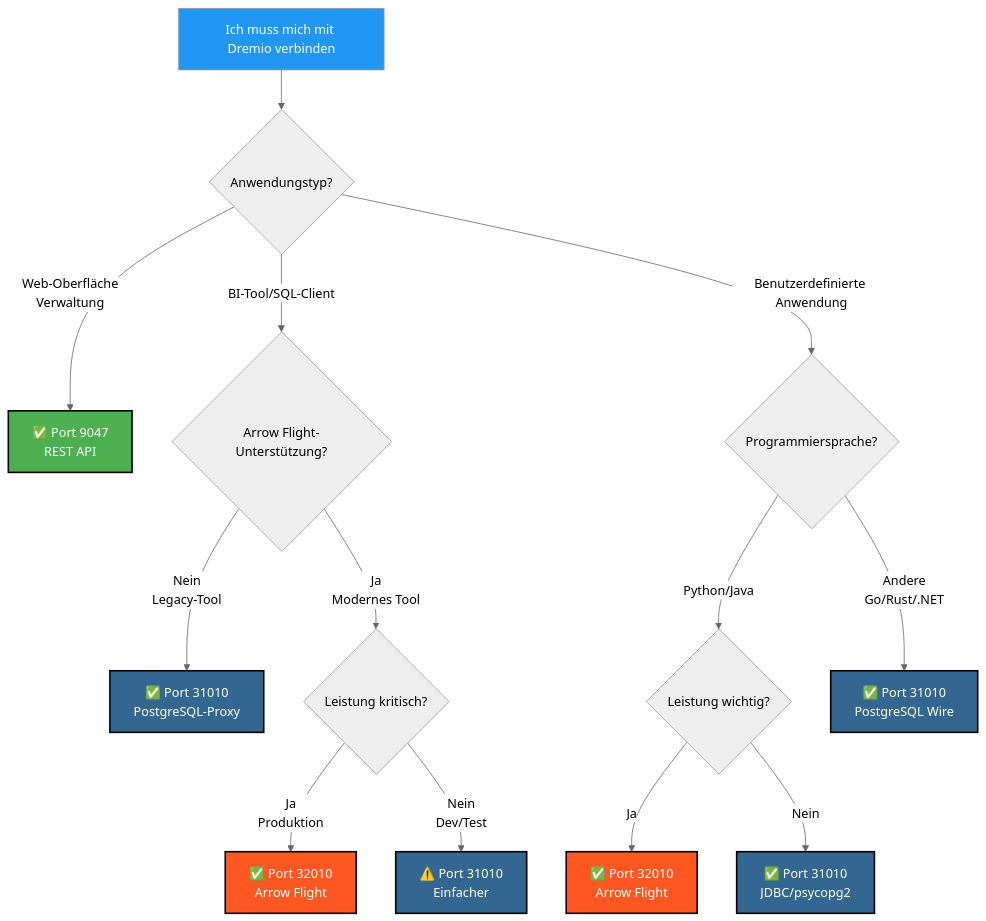
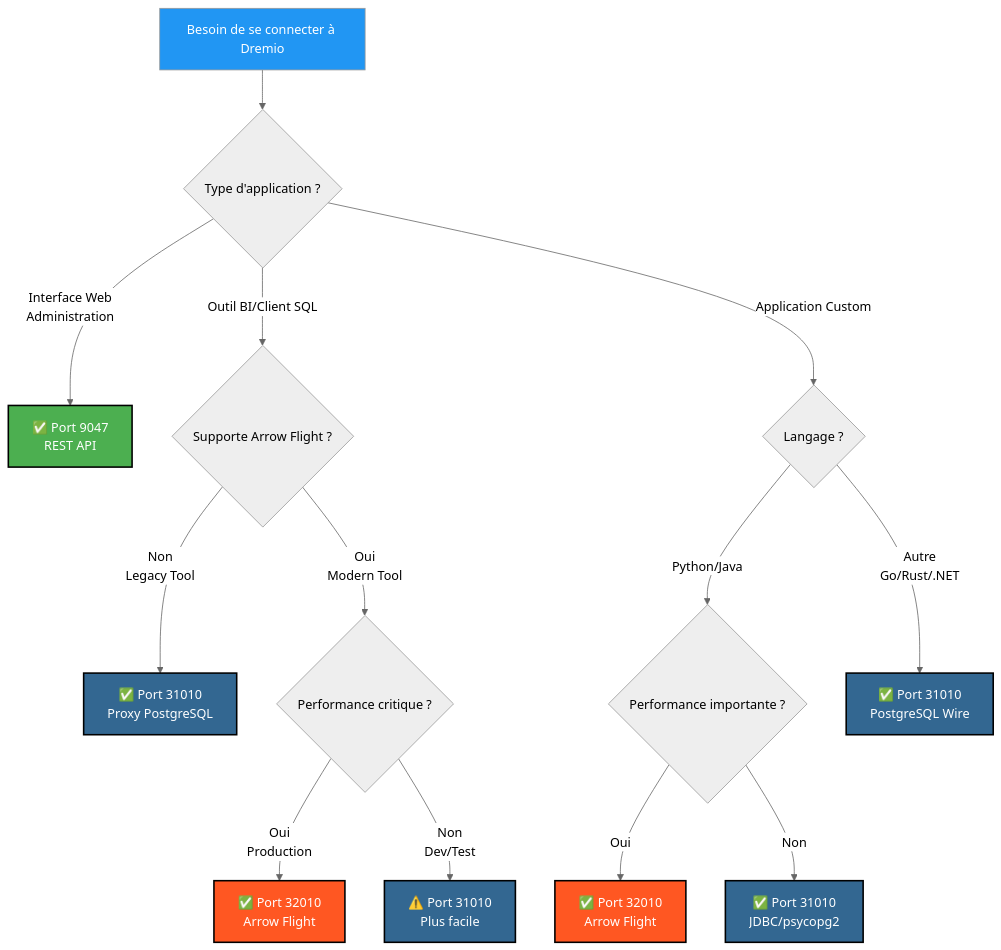
One commit to Monsau/Talentys-OSS-Data-Platform changed the eighth of 9 diagrams in docs/i18n/de/architecture/dremio-ports-visual.md. Above: the diagram before and after it, drawn with Mermaid (neutral theme). The commit also changed other lines of this file and 485 other files, not shown here.

First line of the commit message:
feat: v1.1.0 - Complete i18n roadmap, AI services, and data platform

````diff
--- a/docs/i18n/de/architecture/dremio-ports-visual.md
+++ b/docs/i18n/de/architecture/dremio-ports-visual.md
@@ -252,33 +252,33 @@
 ```mermaid
 graph TB
-    Start[Ich muss mich mit Dremio verbinden]
+    Start[Besoin de se connecter à Dremio]
     
-    Start --> Q1{Anwendungstyp?}
+    Start --> Q1{Type d'application ?}
     
-    Q1 -->|Web-Oberfläche<br/>Verwaltung| Port9047[✅ Port 9047<br/>REST API]
+    Q1 -->|Interface Web<br/>Administration| Port9047[✅ Port 9047<br/>REST API]
     
-    Q1 -->|BI-Tool/SQL-Client| Q2{Arrow Flight-Unterstützung?}
+    Q1 -->|Outil BI/Client SQL| Q2{Supporte Arrow Flight ?}
     
-    Q2 -->|Nein<br/>Legacy-Tool| Port31010[✅ Port 31010<br/>PostgreSQL-Proxy]
-    Q2 -->|Ja<br/>Modernes Tool| Q3{Leistung kritisch?}
+    Q2 -->|Non<br/>Legacy Tool| Port31010[✅ Port 31010<br/>Proxy PostgreSQL]
+    Q2 -->|Oui<br/>Modern Tool| Q3{Performance critique ?}
     
-    Q3 -->|Ja<br/>Produktion| Port32010[✅ Port 32010<br/>Arrow Flight]
-    Q3 -->|Nein<br/>Dev/Test| Port31010b[⚠️ Port 31010<br/>Einfacher]
+    Q3 -->|Oui<br/>Production| Port32010[✅ Port 32010<br/>Arrow Flight]
+    Q3 -->|Non<br/>Dev/Test| Port31010b[⚠️ Port 31010<br/>Plus facile]
     
-    Q1 -->|Benutzerdefinierte Anwendung| Q4{Programmiersprache?}
+    Q1 -->|Application Custom| Q4{Langage ?}
     
-    Q4 -->|Python/Java| Q5{Leistung wichtig?}
-    Q5 -->|Ja| Port32010b[✅ Port 32010<br/>Arrow Flight]
-    Q5 -->|Nein| Port31010c[✅ Port 31010<br/>JDBC/psycopg2]
+    Q4 -->|Python/Java| Q5{Performance importante ?}
+    Q5 -->|Oui| Port32010b[✅ Port 32010<br/>Arrow Flight]
+    Q5 -->|Non| Port31010c[✅ Port 31010<br/>JDBC/psycopg2]
     
-    Q4 -->|Andere<br/>Go/Rust/.NET| Port31010d[✅ Port 31010<br/>PostgreSQL Wire]
+    Q4 -->|Autre<br/>Go/Rust/.NET| Port31010d[✅ Port 31010<br/>PostgreSQL Wire]
     
     style Start fill:#2196F3,color:#fff
     style Port9047 fill:#4CAF50,color:#fff,stroke:#000,stroke-width:2px
     style Port31010 fill:#336791,color:#fff,stroke:#000,stroke-width:2px
     style Port31010b fill:#336791,color:#fff,stroke:#000,stroke-width:2px
     style Port31010c fill:#336791,color:#fff,stroke:#000,stroke-width:2px
     style Port31010d fill:#336791,color:#fff,stroke:#000,stroke-width:2px
     style Port32010 fill:#FF5722,color:#fff,stroke:#000,stroke-width:2px
     style Port32010b fill:#FF5722,color:#fff,stroke:#000,stroke-width:2px
 ```
````
